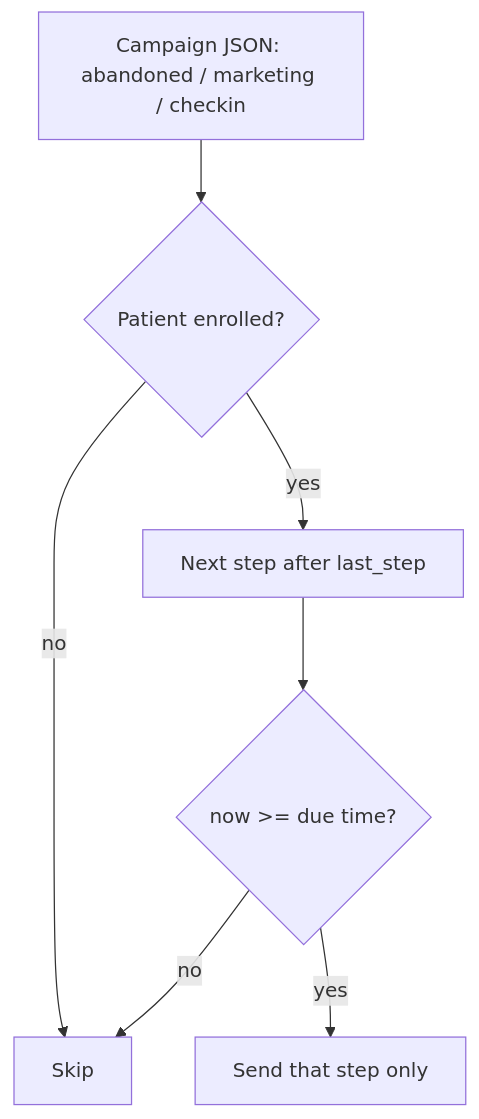
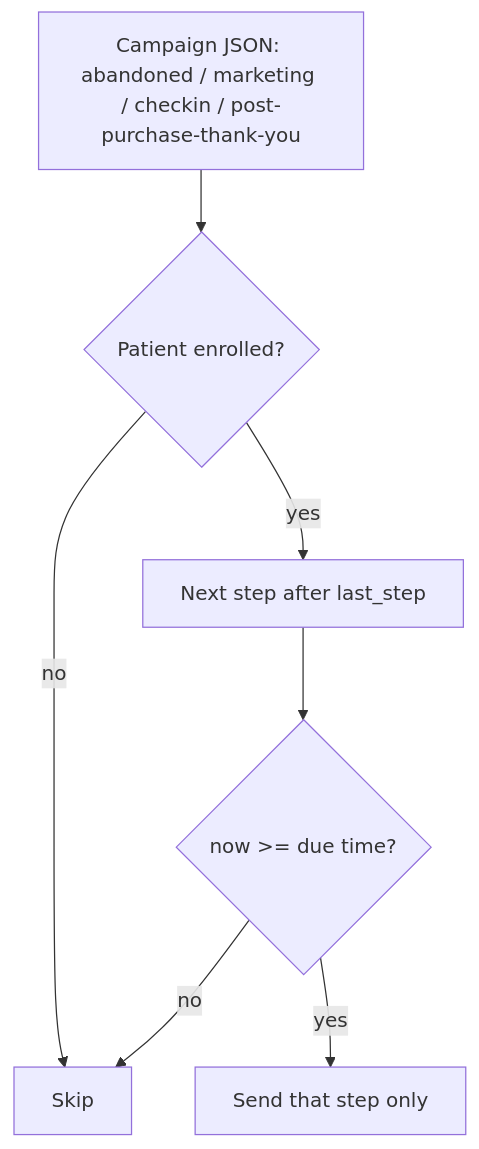
One commit to Aretide/Aretide changed the third of 3 diagrams in docs/features/patient-email-campaigns.md. Above: the diagram before and after it, drawn with Mermaid. The commit also changed other lines of this file and 182 other files, not shown here.

````diff
--- a/docs/features/patient-email-campaigns.md
+++ b/docs/features/patient-email-campaigns.md
@@ -113,15 +154,15 @@
 ```mermaid
 flowchart TD
-  pick["Campaign JSON: abandoned / marketing / checkin"]
+  pick["Campaign JSON: abandoned / marketing / checkin / post-purchase-thank-you"]
   enrolled{"Patient enrolled?"}
   next["Next step after last_step"]
   due{"now >= due time?"}
   send["Send that step only"]
   skip["Skip"]
   pick --> enrolled
   enrolled -->|no| skip
   enrolled -->|yes| next
   next --> due
   due -->|no| skip
   due -->|yes| send
 ```
````
